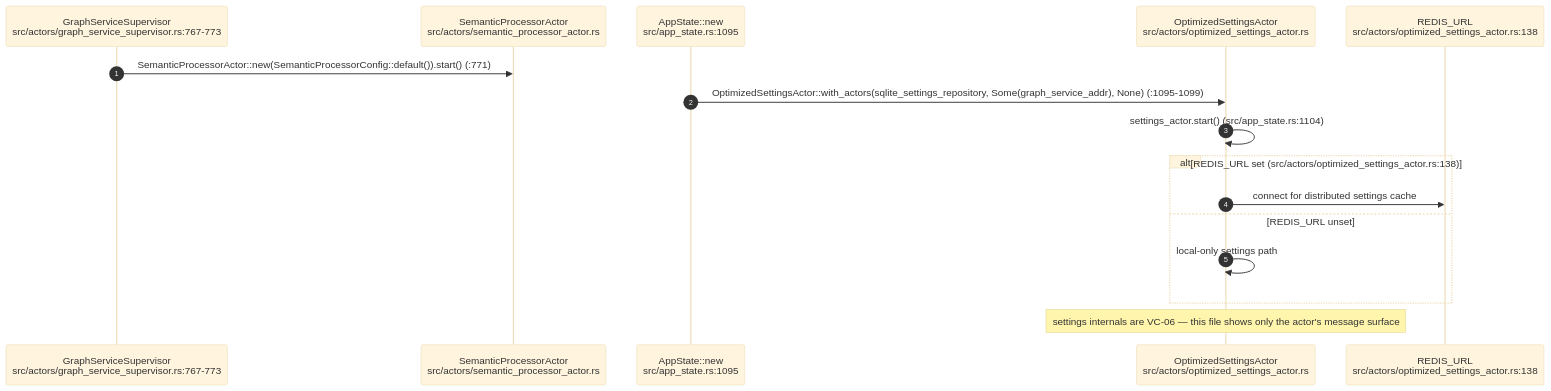
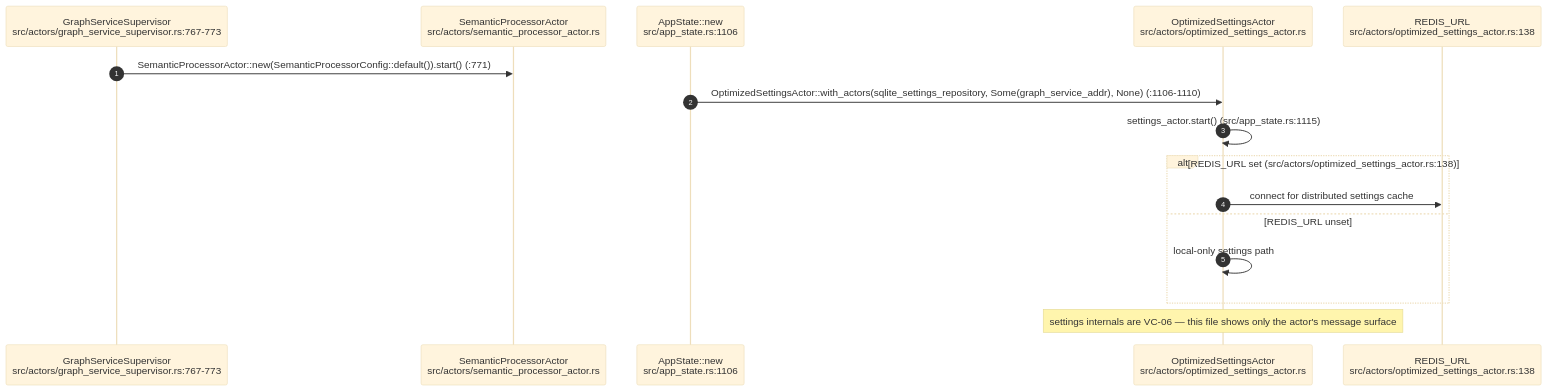
One commit to DreamLab-AI/VisionFlow changed diagram 11 of 14 in docs/diagrams/visionclaw/02-actor-supervision.md. Above: the diagram before and after it, drawn with Mermaid (base theme). The commit also changed other lines of this file and 81 other files, not shown here.

First line of the commit message:
docs(diagrams): roll VisionClaw topics to main 010e1109b (PR 37 and 38 merged); fix remaining prose citations

````diff
--- a/docs/diagrams/visionclaw/02-actor-supervision.md
+++ b/docs/diagrams/visionclaw/02-actor-supervision.md
@@ -455,19 +455,19 @@
 ```mermaid
 sequenceDiagram
     autonumber
     participant GSS as GraphServiceSupervisor<br/>src/actors/graph_service_supervisor.rs:767-773
     participant SP as SemanticProcessorActor<br/>src/actors/semantic_processor_actor.rs
-    participant APP as AppState::new<br/>src/app_state.rs:1095
+    participant APP as AppState::new<br/>src/app_state.rs:1106
     participant SET as OptimizedSettingsActor<br/>src/actors/optimized_settings_actor.rs
     participant REDIS as REDIS_URL<br/>src/actors/optimized_settings_actor.rs:138
 
     GSS->>SP: SemanticProcessorActor::new(SemanticProcessorConfig::default()).start() (:771)
-    APP->>SET: OptimizedSettingsActor::with_actors(sqlite_settings_repository, Some(graph_service_addr), None) (:1095-1099)
-    SET->>SET: settings_actor.start() (src/app_state.rs:1104)
+    APP->>SET: OptimizedSettingsActor::with_actors(sqlite_settings_repository, Some(graph_service_addr), None) (:1106-1110)
+    SET->>SET: settings_actor.start() (src/app_state.rs:1115)
     alt REDIS_URL set (src/actors/optimized_settings_actor.rs:138)
         SET->>REDIS: connect for distributed settings cache
     else REDIS_URL unset
         SET->>SET: local-only settings path
     end
     Note over SET: settings internals are VC-06 — this file shows only the actor's message surface
 ```
````
